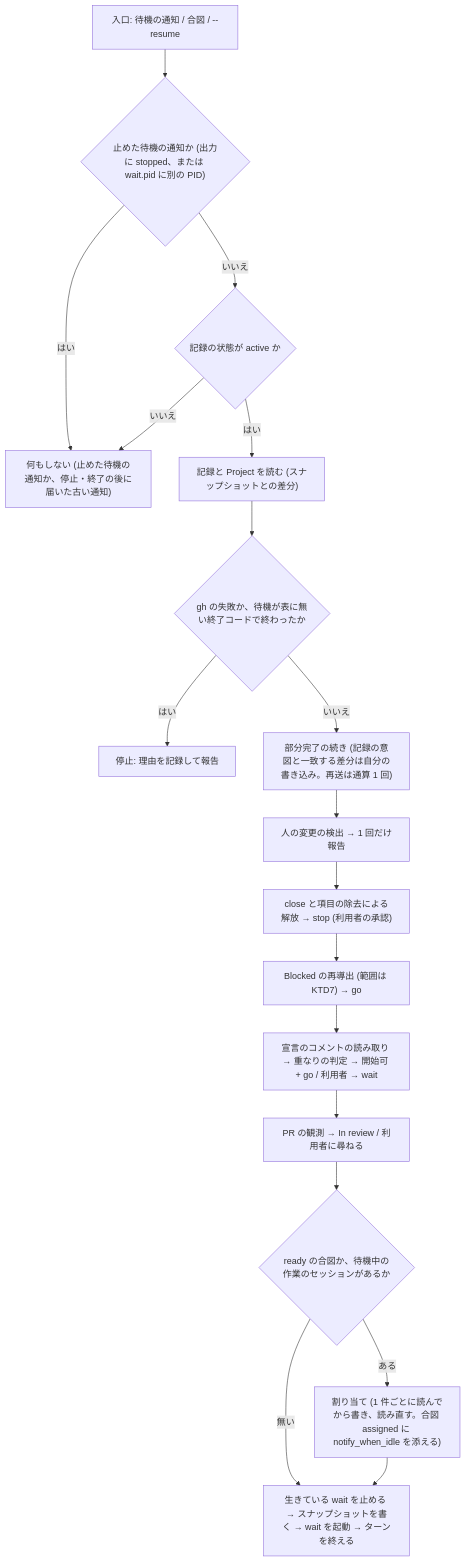
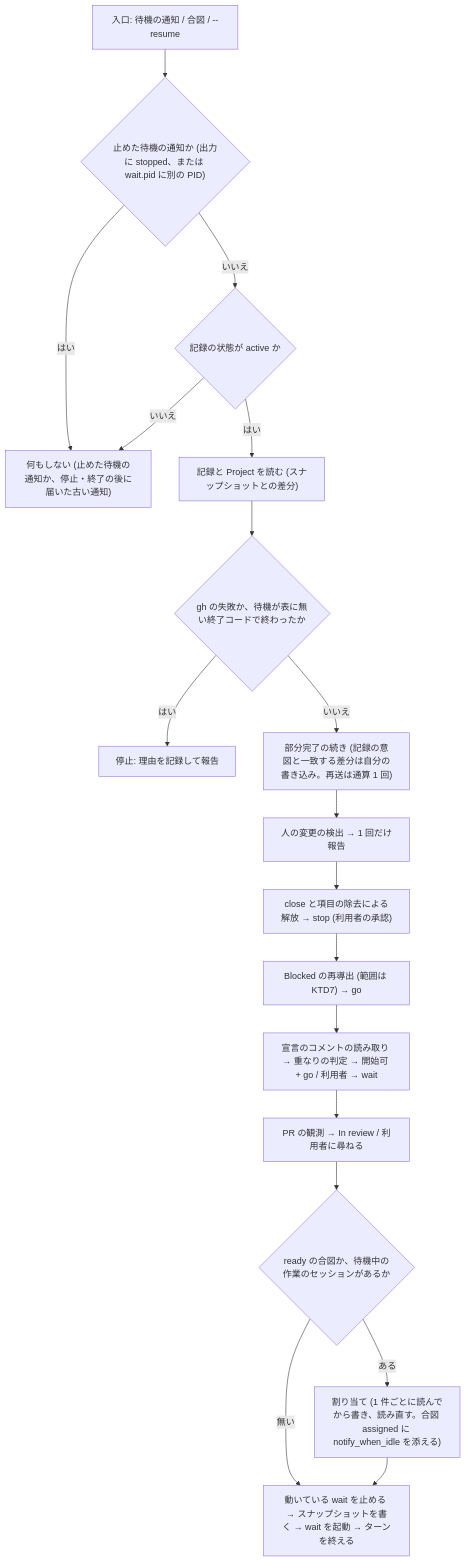
One commit to akm/claude-plugins changed the third of 3 diagrams in docs/plans/2026-10-06-2025-feat-issue-dispatch-plan.md. Above: the diagram before and after it, drawn with Mermaid. The commit also changed other lines of this file, not shown here.

First line of the commit message:
📝 docs(plans): issue-dispatch の計画の擬人化「生きている」を「動いている」に言い換える (#114)

````diff
--- a/docs/plans/2026-10-06-2025-feat-issue-dispatch-plan.md
+++ b/docs/plans/2026-10-06-2025-feat-issue-dispatch-plan.md
@@ -526,20 +526,20 @@
 ```mermaid
 flowchart TB
   E["入口: 待機の通知 / 合図 / --resume"] --> SP{"止めた待機の通知か (出力に stopped、または wait.pid に別の PID)"}
   SP -- はい --> N["何もしない (止めた待機の通知か、停止・終了の後に届いた古い通知)"]
   SP -- いいえ --> ST{"記録の状態が active か"}
   ST -- いいえ --> N
   ST -- はい --> R0["記録と Project を読む (スナップショットとの差分)"]
   R0 --> X{"gh の失敗か、待機が表に無い終了コードで終わったか"}
   X -- はい --> S1["停止: 理由を記録して報告"]
   X -- いいえ --> Q["部分完了の続き (記録の意図と一致する差分は自分の書き込み。再送は通算 1 回)"]
   Q --> H["人の変更の検出 → 1 回だけ報告"]
   H --> C["close と項目の除去による解放 → stop (利用者の承認)"]
   C --> B["Blocked の再導出 (範囲は KTD7) → go"]
   B --> D["宣言のコメントの読み取り → 重なりの判定 → 開始可 + go / 利用者 → wait"]
   D --> P["PR の観測 → In review / 利用者に尋ねる"]
   P --> A{"ready の合図か、待機中の作業のセッションがあるか"}
   A -- ある --> AS["割り当て (1 件ごとに読んでから書き、読み直す。合図 assigned に notify_when_idle を添える)"]
   A -- 無い --> W
-  AS --> W["生きている wait を止める → スナップショットを書く → wait を起動 → ターンを終える"]
+  AS --> W["動いている wait を止める → スナップショットを書く → wait を起動 → ターンを終える"]
 ```
````
